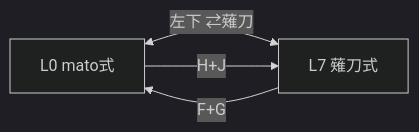
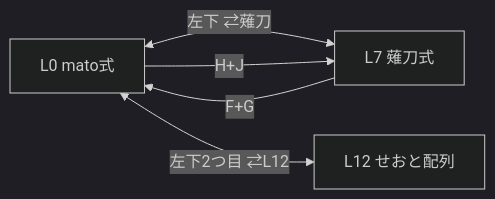
One commit to Yoshiki613/zmk-config-LiNEA40 changed the diagram in KEYMAP.md. Above: the diagram before and after it, drawn with Mermaid (dark theme). The commit also changed other lines of this file and 3 other files, not shown here.

````diff
--- a/KEYMAP.md
+++ b/KEYMAP.md
@@ -76,8 +121,10 @@
 ```mermaid
 flowchart LR
     L0["L0 mato式"]
     L7["L7 薙刀式"]
+    L12["L12 せおと配列"]
     L0 <-->|"左下 ⇄薙刀"| L7
     L0 -->|"H+J"| L7
     L7 -->|"F+G"| L0
+    L0 <-->|"左下2つ目 ⇄L12"| L12
 ```
````
